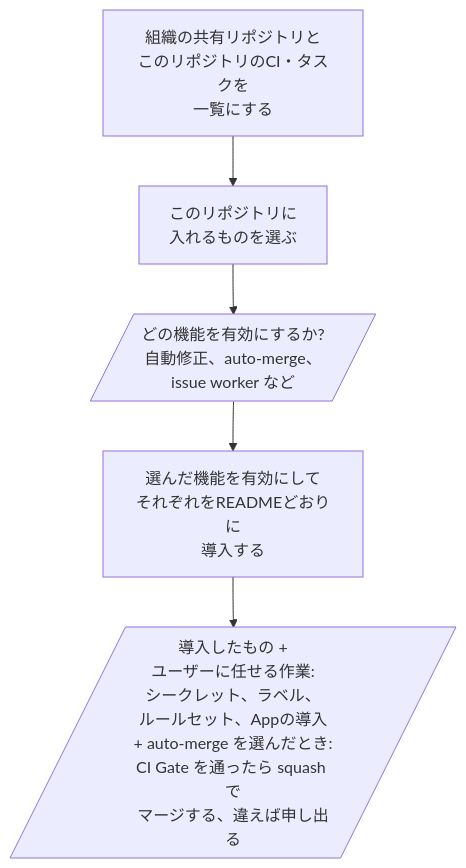
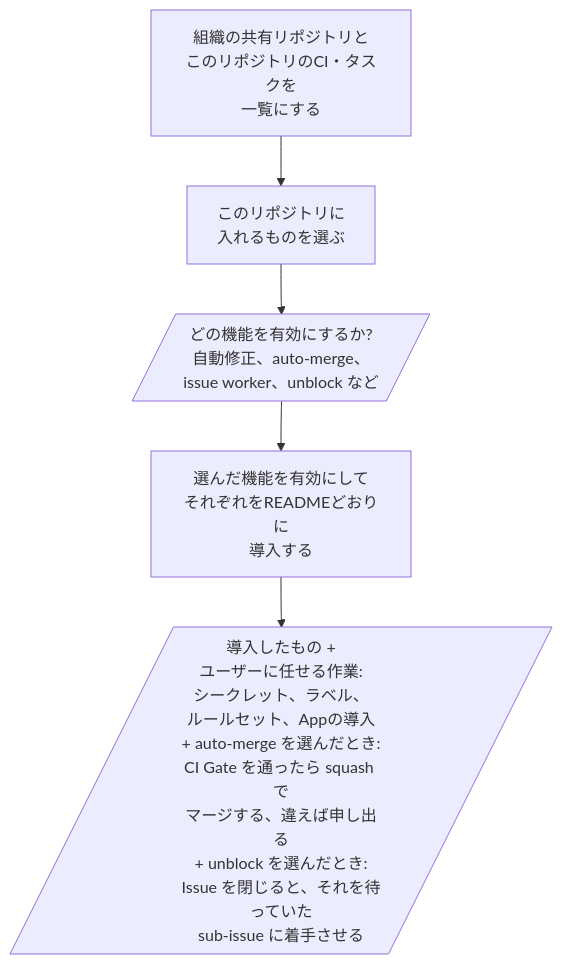
One commit to omni-stove/skill-kit changed the diagram in shared/skills/automation/README.ja.md. Above: the diagram before and after it, drawn with Mermaid. The commit also changed 2 other files, not shown here.

Commit message:
Have automation set up the shared unblock workflow: with unblock on, next.txt adds the org's PR-opening Apps to issue-worker.yml's allowed-bots (and to allowed-users as <app>[bot] where set), since the agent App adds unblock's labels and the worker ignores a bot it does not list, and tells the user that closing an issue labels each sub-issue it blocked whose blockers all closed as completed; the READMEs show unblock among the features asked and what the user gets with it
Claude-Session: https://claude.ai/code/session_0118w5k5UGmEHsf8ktoNuC9Y

````diff
--- a/shared/skills/automation/README.ja.md
+++ b/shared/skills/automation/README.ja.md
@@ -3,8 +3,8 @@
 ```mermaid
 flowchart TD
   list[組織の共有リポジトリと<br/>このリポジトリのCI・タスクを<br/>一覧にする]
   list --> pick[このリポジトリに<br/>入れるものを選ぶ]
-  pick --> ask[/"どの機能を有効にするか?<br/>自動修正、auto-merge、<br/>issue worker など"/]
+  pick --> ask[/"どの機能を有効にするか?<br/>自動修正、auto-merge、<br/>issue worker、unblock など"/]
   ask --> install[選んだ機能を有効にして<br/>それぞれをREADMEどおりに<br/>導入する]
-  install --> done[/"導入したもの +<br/>ユーザーに任せる作業:<br/>シークレット、ラベル、<br/>ルールセット、Appの導入<br/>+ auto-merge を選んだとき:<br/>CI Gate を通ったら squash で<br/>マージする、違えば申し出る"/]
+  install --> done[/"導入したもの +<br/>ユーザーに任せる作業:<br/>シークレット、ラベル、<br/>ルールセット、Appの導入<br/>+ auto-merge を選んだとき:<br/>CI Gate を通ったら squash で<br/>マージする、違えば申し出る<br/>+ unblock を選んだとき:<br/>Issue を閉じると、それを待っていた<br/>sub-issue に着手させる"/]
 ```
````
